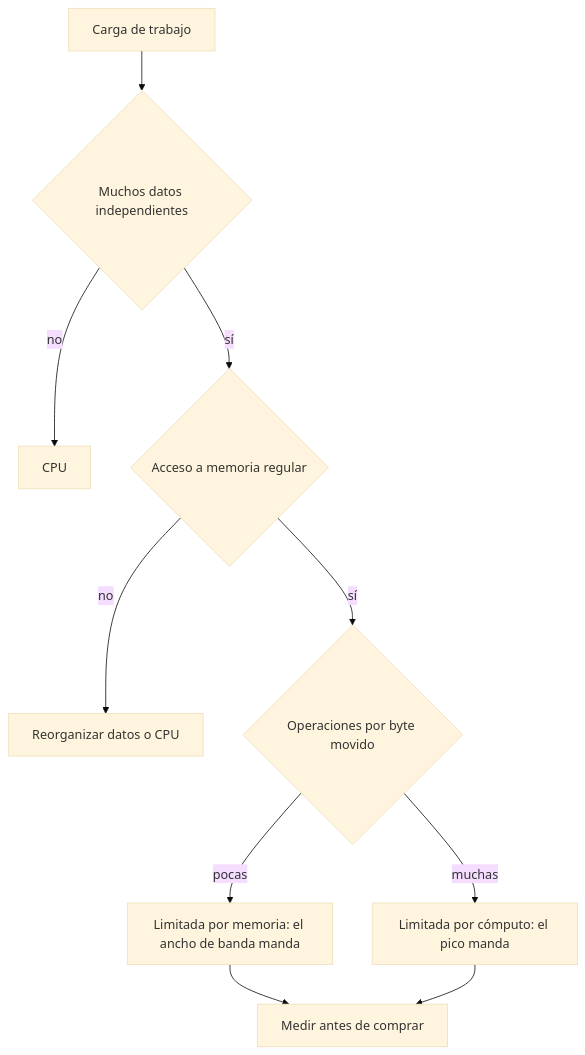
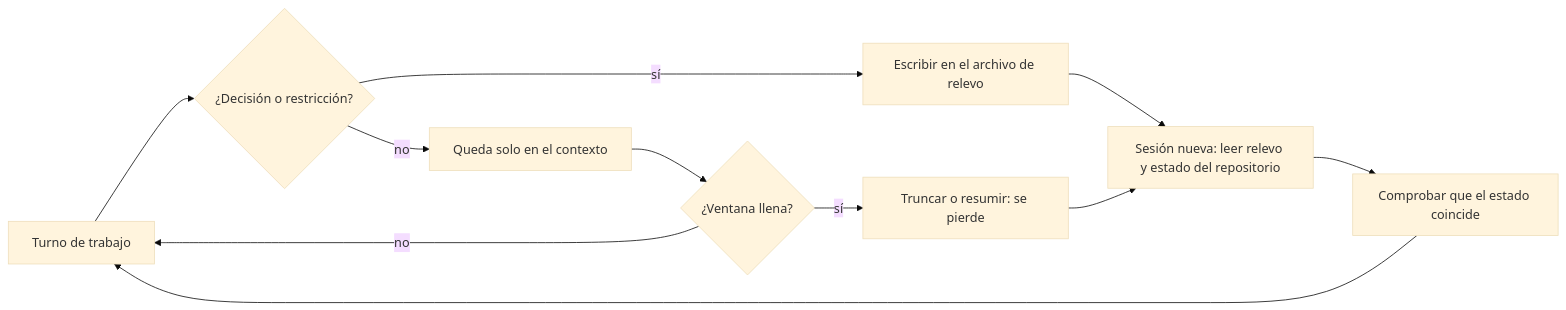
One commit to vladimiracunadev-create/modern-software-engineering-program changed the diagram in content/part-48/SE-580.md. Above: the diagram before and after it, drawn with Mermaid (base theme). The commit also changed other lines of this file and 5193 other files, not shown here.

````diff
--- a/content/part-48/SE-580.md
+++ b/content/part-48/SE-580.md
@@ -54,12 +56,13 @@
 ```mermaid
-flowchart TD
-    A[Carga de trabajo] --> B{Muchos datos independientes}
-    B -->|no| X[CPU]
-    B -->|sí| C{Acceso a memoria regular}
-    C -->|no| D[Reorganizar datos o CPU]
-    C -->|sí| E{Operaciones por byte movido}
-    E -->|pocas| F[Limitada por memoria: el ancho de banda manda]
-    E -->|muchas| G[Limitada por cómputo: el pico manda]
-    F --> H[Medir antes de comprar]
-    G --> H
+flowchart LR
+    T[Turno de trabajo] --> D{¿Decisión o restricción?}
+    D -->|sí| N[Escribir en el archivo de relevo]
+    D -->|no| C[Queda solo en el contexto]
+    C --> L{¿Ventana llena?}
+    L -->|sí| X[Truncar o resumir: se pierde]
+    L -->|no| T
+    N --> S[Sesión nueva: leer relevo y estado del repositorio]
+    X --> S
+    S --> V[Comprobar que el estado coincide]
+    V --> T
 ```
````
